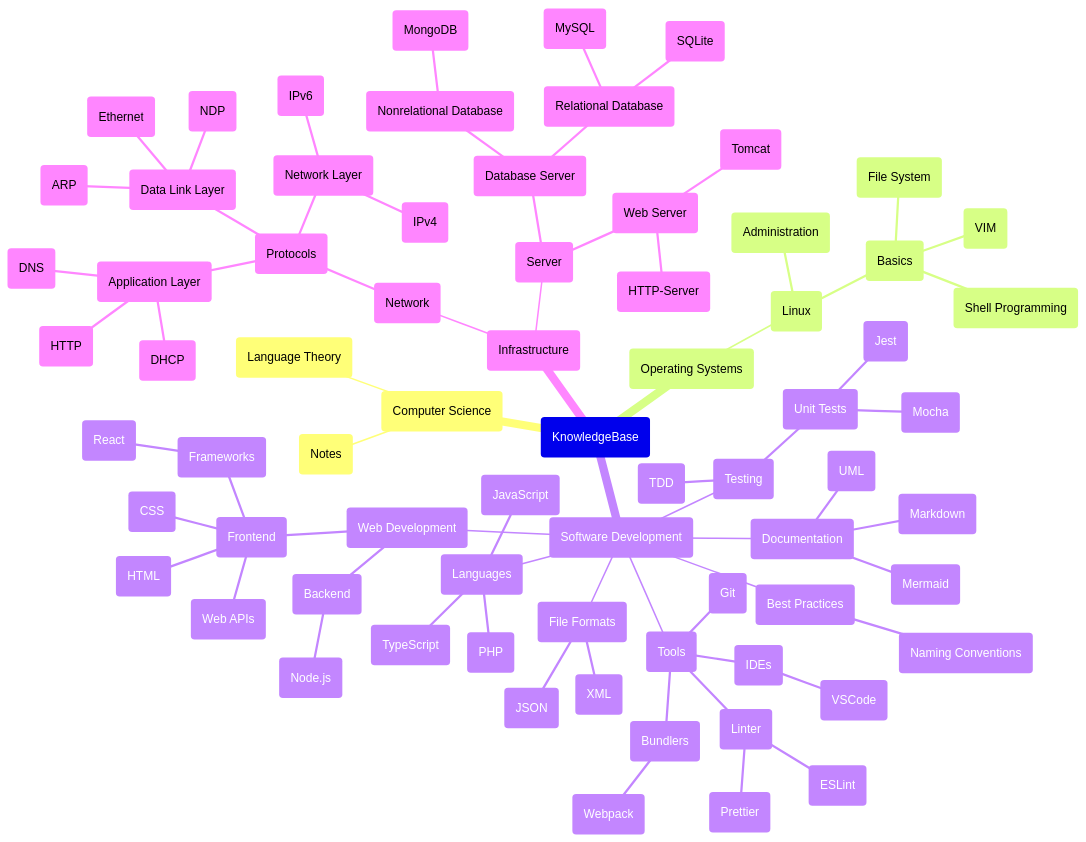
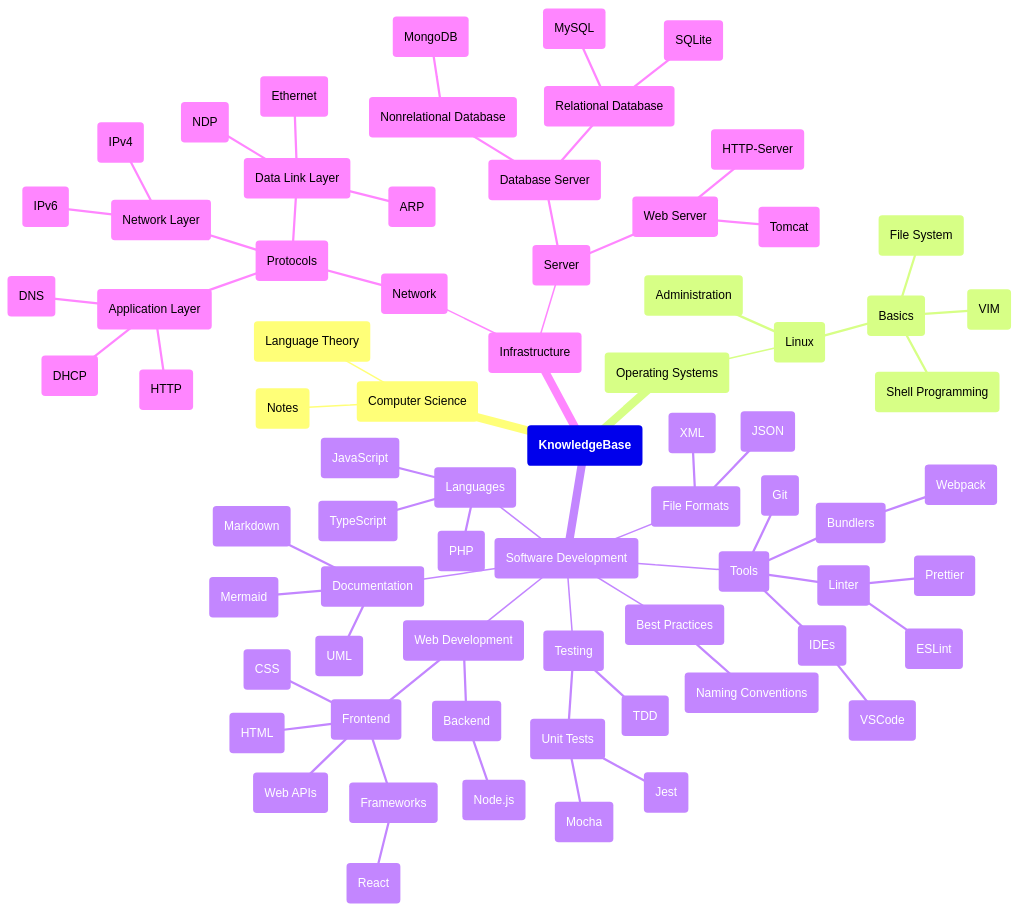
Before and after one commit to lcov29/knowledgeBase: the diagram in README.md, drawn with Mermaid.

Commit message:
format file

````diff
--- a/README.md
+++ b/README.md
@@ -5,78 +5,78 @@
 ```mermaid
 mindmap
-   (KnowledgeBase)
+   ("**KnowledgeBase**")
       (Computer Science)
          (Language Theory)
          (Notes)
       (Operating Systems)
          (Linux)
             (Basics)
                (File System)
                (Shell Programming)
                (VIM)
             (Administration)
 
       (Software Development)
          (File Formats)
             (JSON)
             (XML)
          (Tools)
             (Git)
             (IDEs)
                (VSCode)
             (Linter)
                (ESLint)
                (Prettier)
             (Bundlers)
                (Webpack)
          (Best Practices)
             (Naming Conventions)
          (Documentation)
             (Markdown)
             (Mermaid)
             (UML)
          (Testing)
             (TDD)
             (Unit Tests)
                (Jest)
                (Mocha)
          (Languages)
             (JavaScript)
             (TypeScript)
             (PHP)
          (Web Development)
             (Backend)
                (Node.js)
             (Frontend)
                (HTML)
                (CSS)
                (Frameworks)
                   (React)
             
                (Web APIs)
       (Infrastructure)
          (Network)
             (Protocols)
                (Application Layer)
                   (DHCP)
                   (DNS)
                   (HTTP)
                (Network Layer)
                   (IPv4)
                   (IPv6)
                (Data Link Layer)
                   (ARP)
                   (NDP)
                   (Ethernet)
          (Server)
             (Database Server)
                (Relational Database)
                   (MySQL)
                   (SQLite)
                (Nonrelational Database)
                   (MongoDB)
             (Web Server)
                (Tomcat)
                (HTTP-Server)
 
 ```
````
